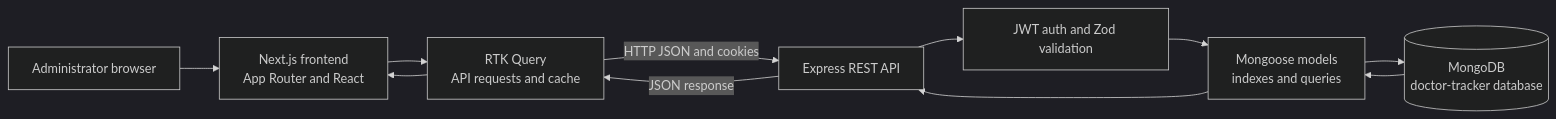
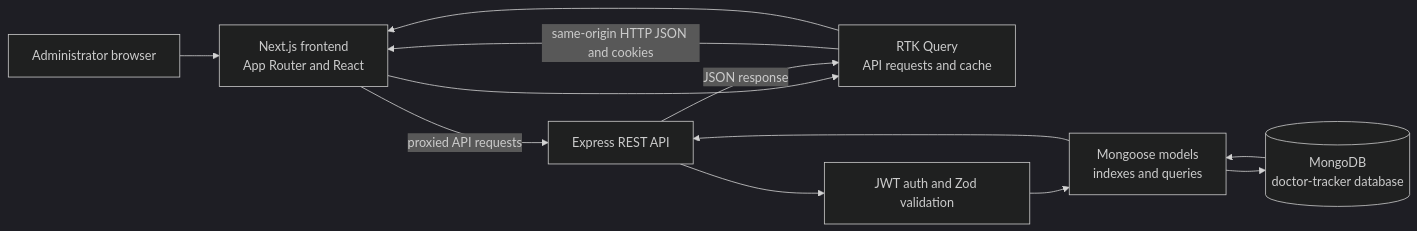
The diagram in readme.md (md-abunayem/doctor-tracker), drawn with Mermaid (dark theme) before and after one commit. The commit also changed other lines of this file and 2 other files, not shown here.

````diff
--- a/readme.md
+++ b/readme.md
@@ -152,21 +152,22 @@
 ```mermaid
 flowchart LR
     Admin[Administrator browser]
     Next[Next.js frontend<br/>App Router and React]
     RTK[RTK Query<br/>API requests and cache]
     Express[Express REST API]
     Validate[JWT auth and Zod validation]
     Mongoose[Mongoose models<br/>indexes and queries]
     Mongo[(MongoDB<br/>doctor-tracker database)]
 
     Admin --> Next
     Next --> RTK
-    RTK -->|HTTP JSON and cookies| Express
+    RTK -->|same-origin HTTP JSON and cookies| Next
+    Next -->|proxied API requests| Express
     Express --> Validate
     Validate --> Mongoose
     Mongoose --> Mongo
     Mongo --> Mongoose
     Mongoose --> Express
     Express -->|JSON response| RTK
     RTK --> Next
 ```
````
